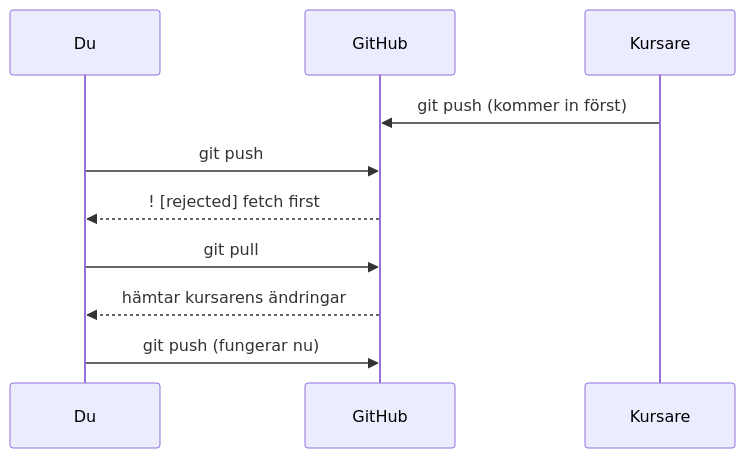
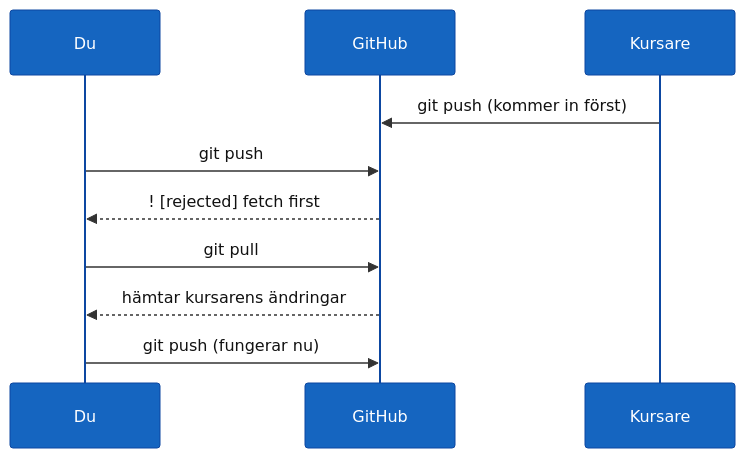
Before and after one commit to marcusjobb/YRGO-CLO26-HT26Kursmaterial: the sixth of 7 diagrams in CLO26/kurs-01-grundlaggande-oop/01_verktyg_och_git/programmeringstermer/git.md, drawn with Mermaid. The commit also changed other lines of this file and 388 other files, not shown here.

````diff
--- a/CLO26/kurs-01-grundlaggande-oop/01_verktyg_och_git/programmeringstermer/git.md
+++ b/CLO26/kurs-01-grundlaggande-oop/01_verktyg_och_git/programmeringstermer/git.md
@@ -130,13 +162,14 @@
 ```mermaid
+%%{init: {'theme': 'base', 'themeVariables': {'primaryColor': '#1565c0', 'primaryTextColor': '#fff', 'primaryBorderColor': '#0d47a1', 'lineColor': '#666', 'actorBkg': '#1565c0', 'actorTextColor': '#fff', 'actorBorder': '#0d47a1', 'signalColor': '#333', 'signalTextColor': '#111', 'noteBkgColor': '#f0f0f0', 'noteTextColor': '#111', 'noteBorderColor': '#888'}}}%%
 sequenceDiagram
     participant Du
     participant GitHub
     participant Kursare
 
     Kursare->>GitHub: git push (kommer in först)
     Du->>GitHub: git push
     GitHub-->>Du: ! [rejected] fetch first
     Du->>GitHub: git pull
     GitHub-->>Du: hämtar kursarens ändringar
     Du->>GitHub: git push (fungerar nu)
 ```
````
